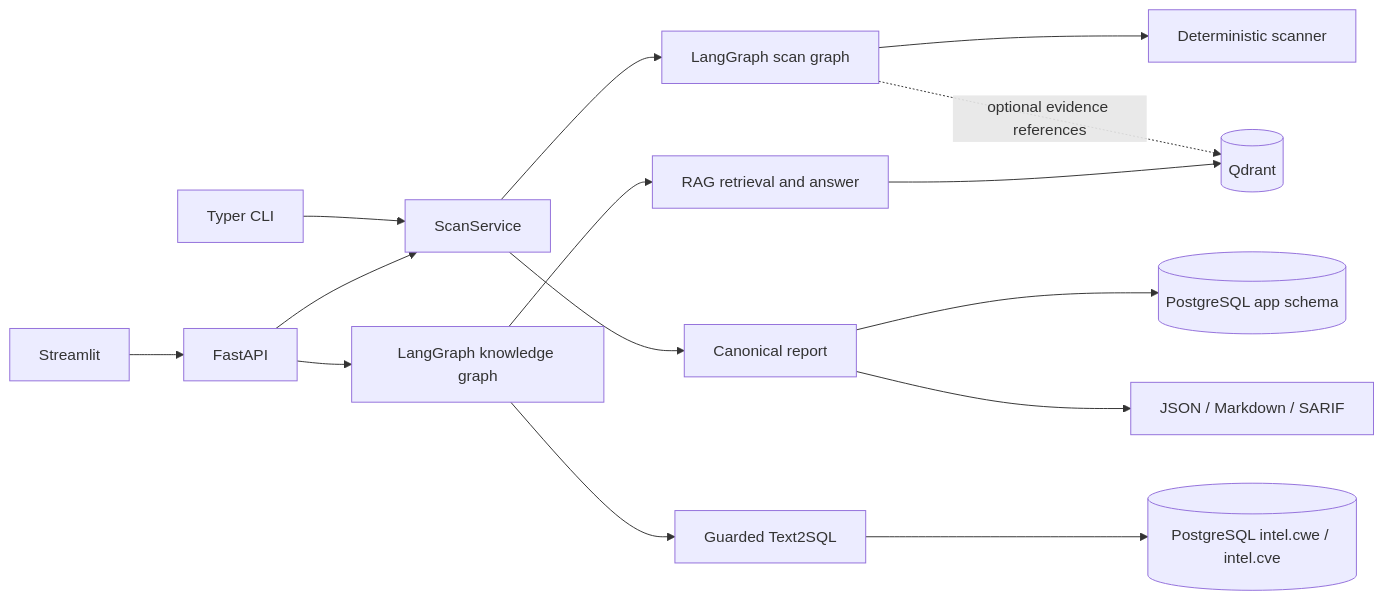
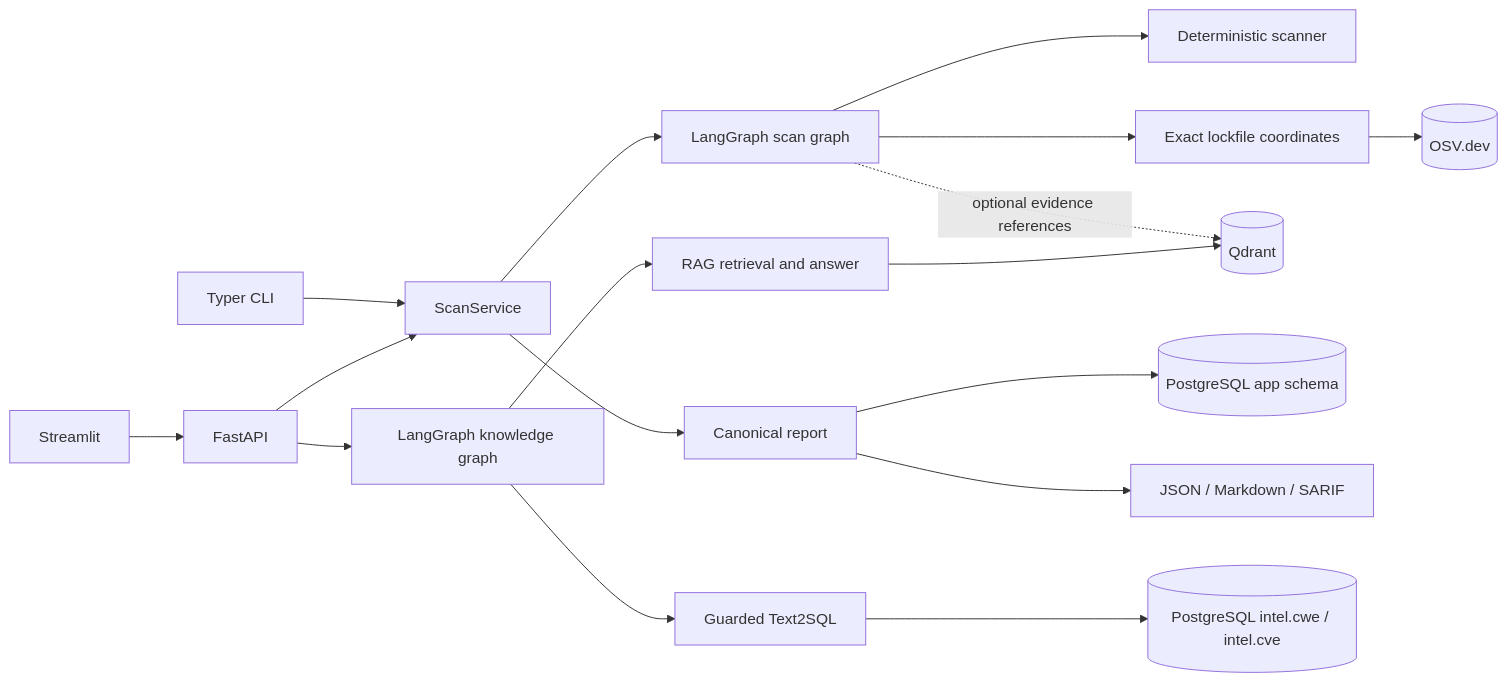
One commit to taehyeon-git/SecRAGraph changed the diagram in README.md. Above: the diagram before and after it, drawn with Mermaid. The commit also changed other lines of this file and 38 other files, not shown here.

````diff
--- a/README.md
+++ b/README.md
@@ -33,17 +33,19 @@
 ```mermaid
 flowchart LR
   CLI[Typer CLI] --> APP[ScanService]
   WEB[Streamlit] --> API[FastAPI]
   API --> APP
   APP --> SG[LangGraph scan graph]
   SG --> RULES[Deterministic scanner]
+  SG --> LOCK[Exact lockfile coordinates]
+  LOCK --> OSV[(OSV.dev)]
   SG -. optional evidence references .-> QD[(Qdrant)]
   APP --> REPORT[Canonical report]
   REPORT --> PG[(PostgreSQL app schema)]
   REPORT --> OUT[JSON / Markdown / SARIF]
   API --> KG[LangGraph knowledge graph]
   KG --> T2S[Guarded Text2SQL]
   T2S --> INTEL[(PostgreSQL intel.cwe / intel.cve)]
   KG --> RAG[RAG retrieval and answer]
   RAG --> QD
 ```
````
